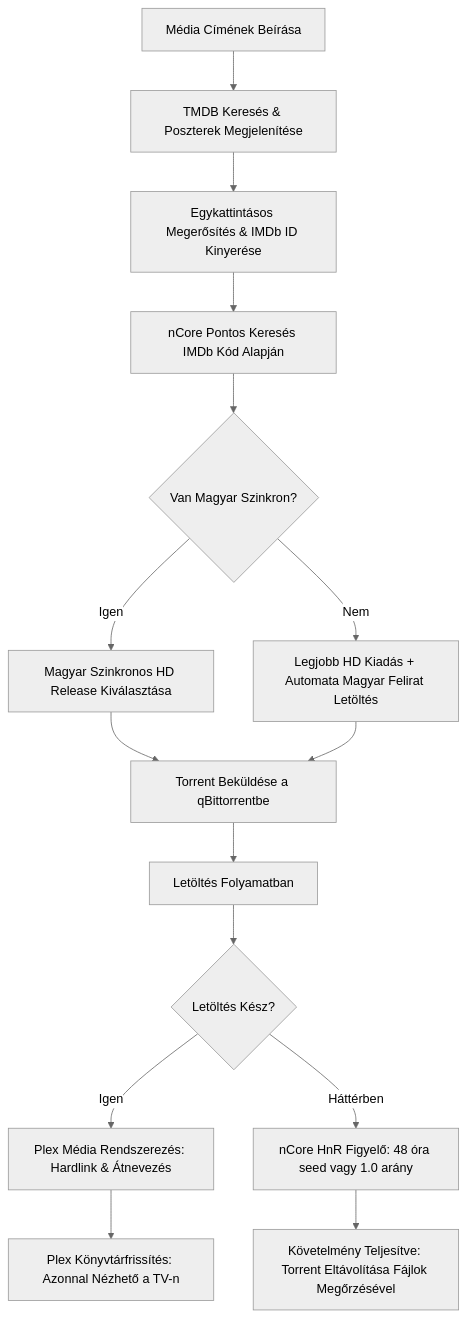
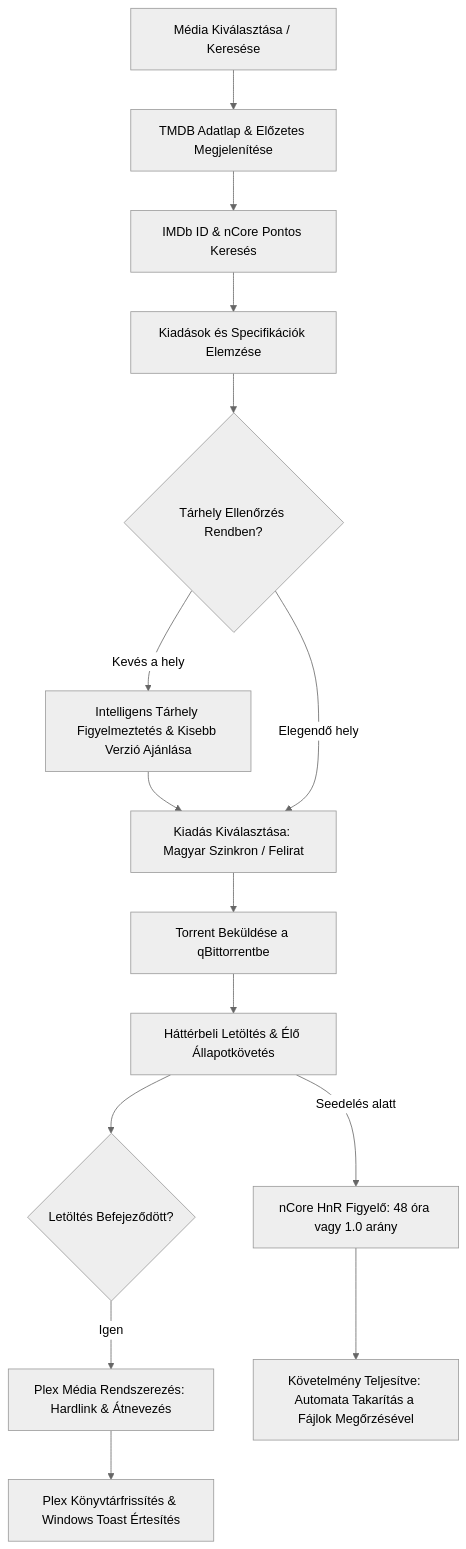
Before and after one commit to Gyuri125/ncore-plex-downloader: the diagram in README.md, drawn with Mermaid (neutral theme). The commit also changed other lines of this file and 25 other files, not shown here.

````diff
--- a/README.md
+++ b/README.md
@@ -60,22 +67,21 @@
 ```mermaid
 graph TD
-    A[Média Címének Beírása] --> B[TMDB Keresés & Poszterek Megjelenítése]
-    B --> C[Egykattintásos Megerősítés & IMDb ID Kinyerése]
-    C --> D[nCore Pontos Keresés IMDb Kód Alapján]
-    D --> E{Van Magyar Szinkron?}
+    A[Média Kiválasztása / Keresése] --> B[TMDB Adatlap & Előzetes Megjelenítése]
+    B --> C[IMDb ID & nCore Pontos Keresés]
+    C --> D[Kiadások és Specifikációk Elemzése]
+    D --> E{Tárhely Ellenőrzés Rendben?}
     
-    E -->|Igen| F[Magyar Szinkronos HD Release Kiválasztása]
-    E -->|Nem| G[Legjobb HD Kiadás + Automata Magyar Felirat Letöltés]
+    E -->|Kevés a hely| W[Intelligens Tárhely Figyelmeztetés & Kisebb Verzió Ajánlása]
+    W --> F
+    E -->|Elegendő hely| F[Kiadás Kiválasztása: Magyar Szinkron / Felirat]
     
-    F --> H[Torrent Beküldése a qBittorrentbe]
-    G --> H
+    F --> G[Torrent Beküldése a qBittorrentbe]
+    G --> H[Háttérbeli Letöltés & Élő Állapotkövetés]
     
-    H --> I[Letöltés Folyamatban]
-    I --> J{Letöltés Kész?}
+    H --> I{Letöltés Befejeződött?}
+    I -->|Igen| J[Plex Média Rendszerezés: Hardlink & Átnevezés]
+    J --> K[Plex Könyvtárfrissítés & Windows Toast Értesítés]
     
-    J -->|Igen| K[Plex Média Rendszerezés: Hardlink & Átnevezés]
-    K --> L[Plex Könyvtárfrissítés: Azonnal Nézhető a TV-n]
-    
-    J -->|Háttérben| M[nCore HnR Figyelő: 48 óra seed vagy 1.0 arány]
-    M --> N[Követelmény Teljesítve: Torrent Eltávolítása Fájlok Megőrzésével]
+    H -->|Seedelés alatt| L[nCore HnR Figyelő: 48 óra vagy 1.0 arány]
+    L --> M[Követelmény Teljesítve: Automata Takarítás a Fájlok Megőrzésével]
 ```
````
